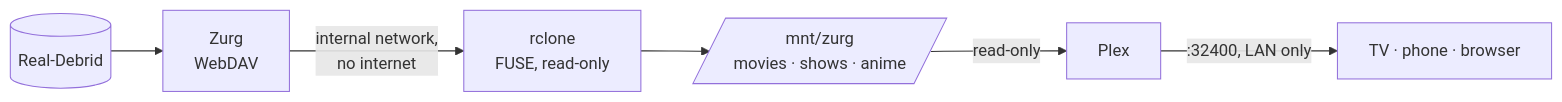
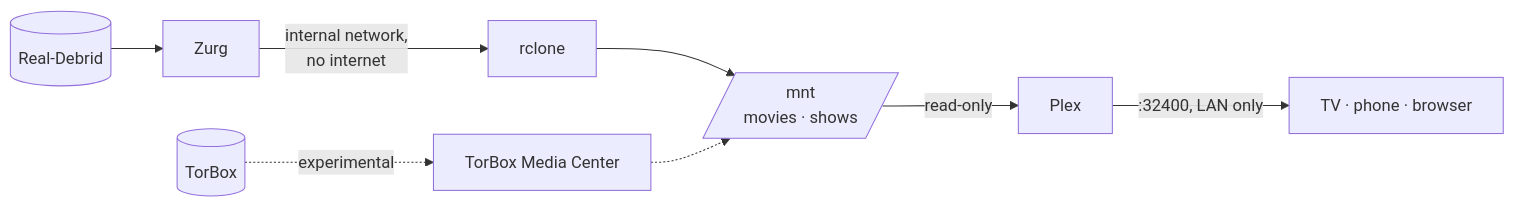
Before and after one commit to 007games/debrid-plex-stack: the diagram in README.md, drawn with Mermaid. The commit also changed other lines of this file and 8 other files, not shown here.

First line of the commit message:
Add TorBox as an alternative provider (experimental)

````diff
--- a/README.md
+++ b/README.md
@@ -21,8 +21,9 @@
 ```mermaid
 flowchart LR
-  RD[(Real-Debrid)] --> Z[Zurg<br/>WebDAV]
-  Z -->|internal network,<br/>no internet| R[rclone<br/>FUSE, read-only]
-  R --> M[/mnt/zurg<br/>movies · shows · anime/]
+  RD[(Real-Debrid)] --> Z[Zurg] -->|internal network,<br/>no internet| R[rclone]
+  TB[(TorBox)] -.->|experimental| T[TorBox Media Center]
+  R --> M[/mnt<br/>movies · shows/]
+  T -.-> M
   M -->|read-only| P[Plex]
   P -->|:32400, LAN only| C[TV · phone · browser]
 ```
````
